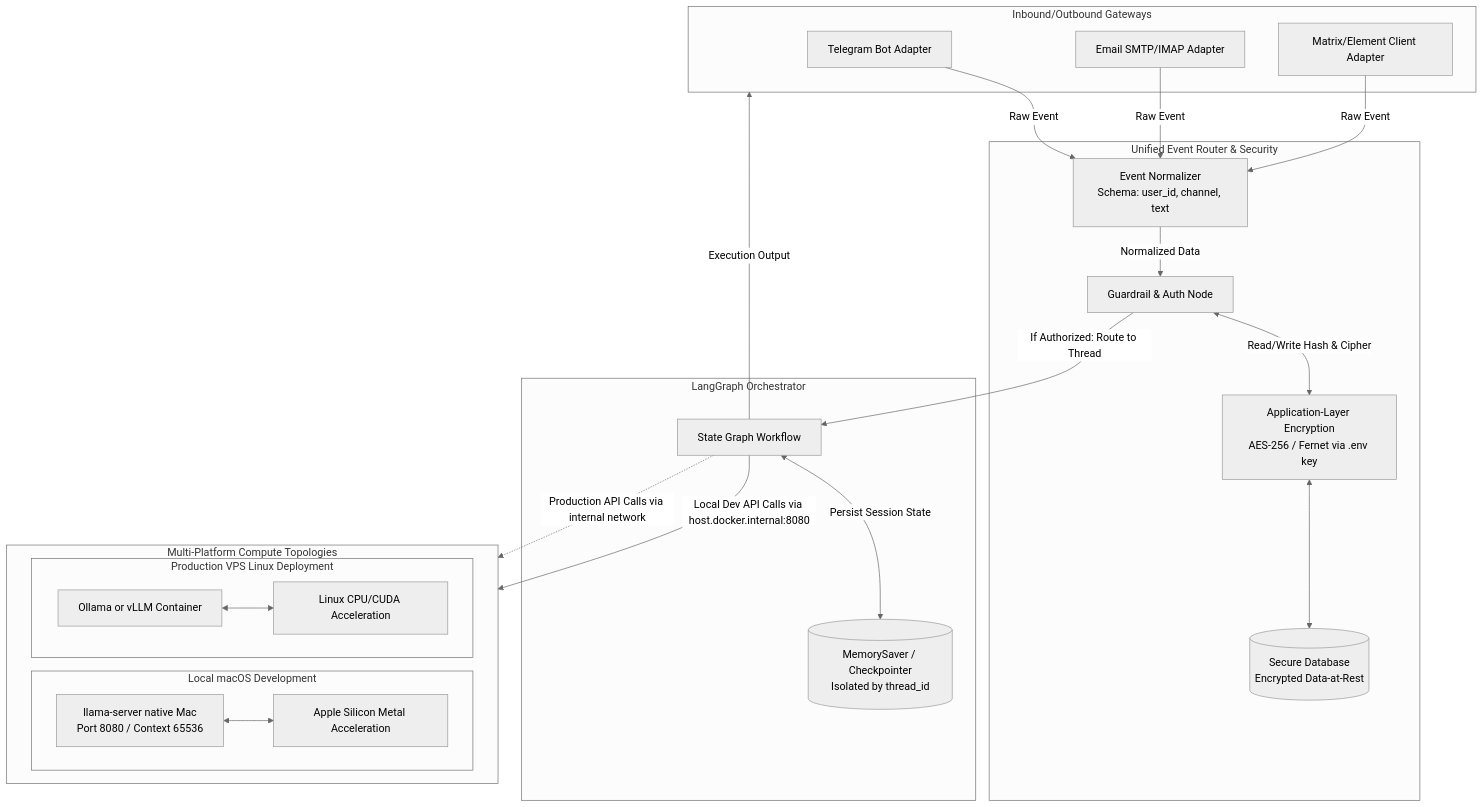
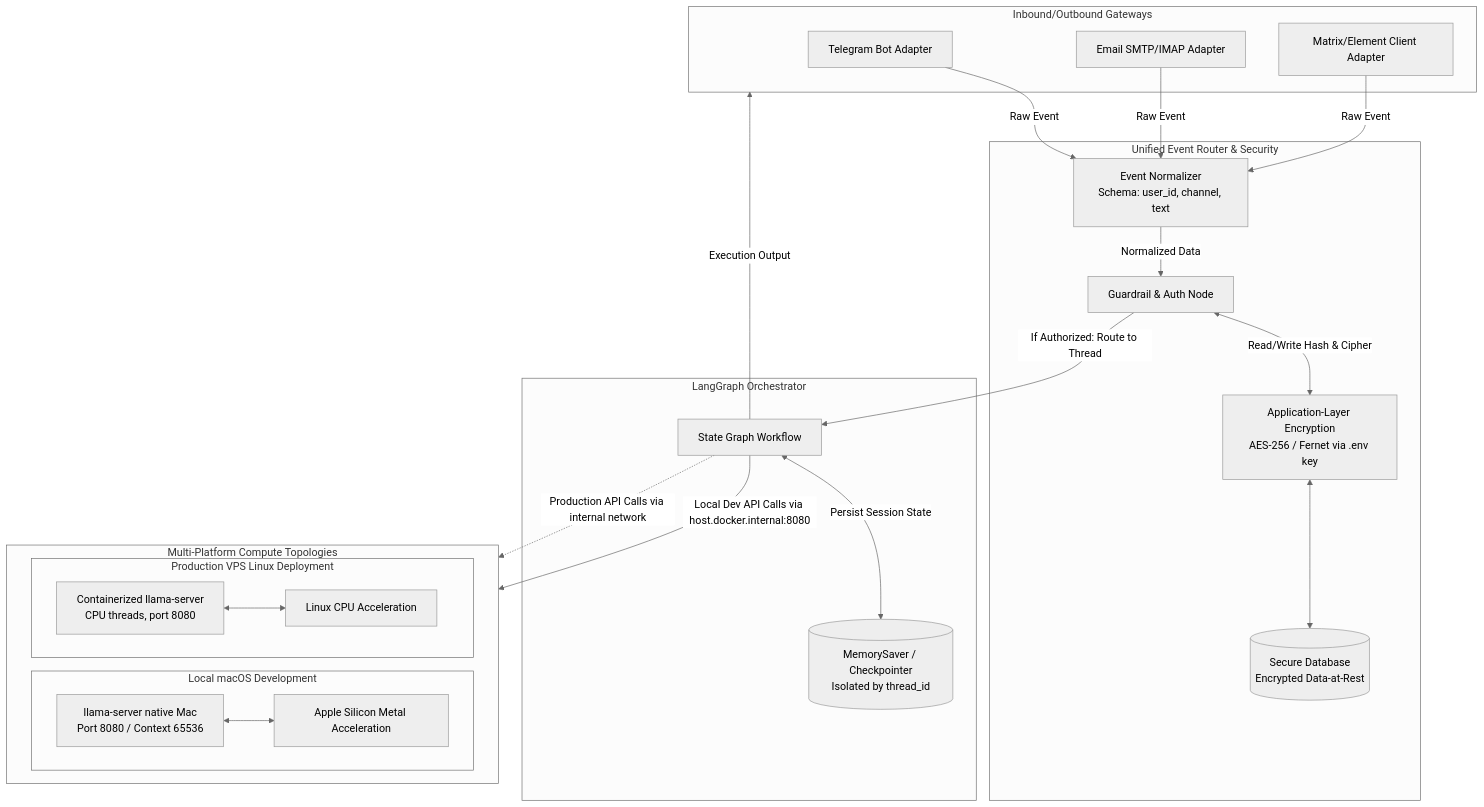
One commit to ka8t/ChannelAgent changed the diagram in docs/ARCHITECTURE.md. Above: the diagram before and after it, drawn with Mermaid (neutral theme). The commit also changed other lines of this file and 5 other files, not shown here.

Commit message:
Add production VPS compose topology with containerized llama-server (#21)

````diff
--- a/docs/ARCHITECTURE.md
+++ b/docs/ARCHITECTURE.md
@@ -24,53 +24,53 @@
 ```mermaid
 graph TD
     %% Inbound Channels Layer
     subgraph Channels [Inbound/Outbound Gateways]
         TG[Telegram Bot Adapter]
         EM[Email SMTP/IMAP Adapter]
         MX[Matrix/Element Client Adapter]
     end
 
     %% Central Router & Security Layer
     subgraph RouterLayer [Unified Event Router & Security]
         EV[Event Normalizer<br/>Schema: user_id, channel, text]
         AUTH[Guardrail & Auth Node]
         CRYPT[Application-Layer Encryption<br/>AES-256 / Fernet via .env key]
         DB[(Secure Database<br/>Encrypted Data-at-Rest)]
     end
 
     %% Core Agent Processing Layer
     subgraph LangGraphEngine [LangGraph Orchestrator]
         LG[State Graph Workflow]
         MEM[(MemorySaver / Checkpointer<br/>Isolated by thread_id)]
     end
 
     %% Compute Infrastructure Layer per Platform
     subgraph DeploymentTopology [Multi-Platform Compute Topologies]
         direction LR
         subgraph LocalMac [Local macOS Development]
             M1_GPU[Apple Silicon Metal Acceleration]
             LL_MAC[llama-server native Mac<br/>Port 8080 / Context 65536]
         end
         subgraph ProdVPS [Production VPS Linux Deployment]
-            DOCKER_LLM[Ollama or vLLM Container]
-            LINUX_COMP[Linux CPU/CUDA Acceleration]
+            DOCKER_LLM[Containerized llama-server<br/>CPU threads, port 8080]
+            LINUX_COMP[Linux CPU Acceleration]
         end
     end
 
     %% Data Flow Connections
     TG & EM & MX -->|Raw Event| EV
     EV -->|Normalized Data| AUTH
     AUTH <-->|Read/Write Hash & Cipher| CRYPT
     CRYPT <--> DB
     AUTH -->|If Authorized: Route to Thread| LG
     LG <-->|Persist Session State| MEM
 
     %% Compute Mappings
     LG -->|Local Dev API Calls via host.docker.internal:8080| LL_MAC
     LL_MAC <--> M1_GPU
     LG -.->|Production API Calls via internal network| DOCKER_LLM
     DOCKER_LLM <--> LINUX_COMP
 
     %% Return Path
     LG -->|Execution Output| Channels
 ```
````
